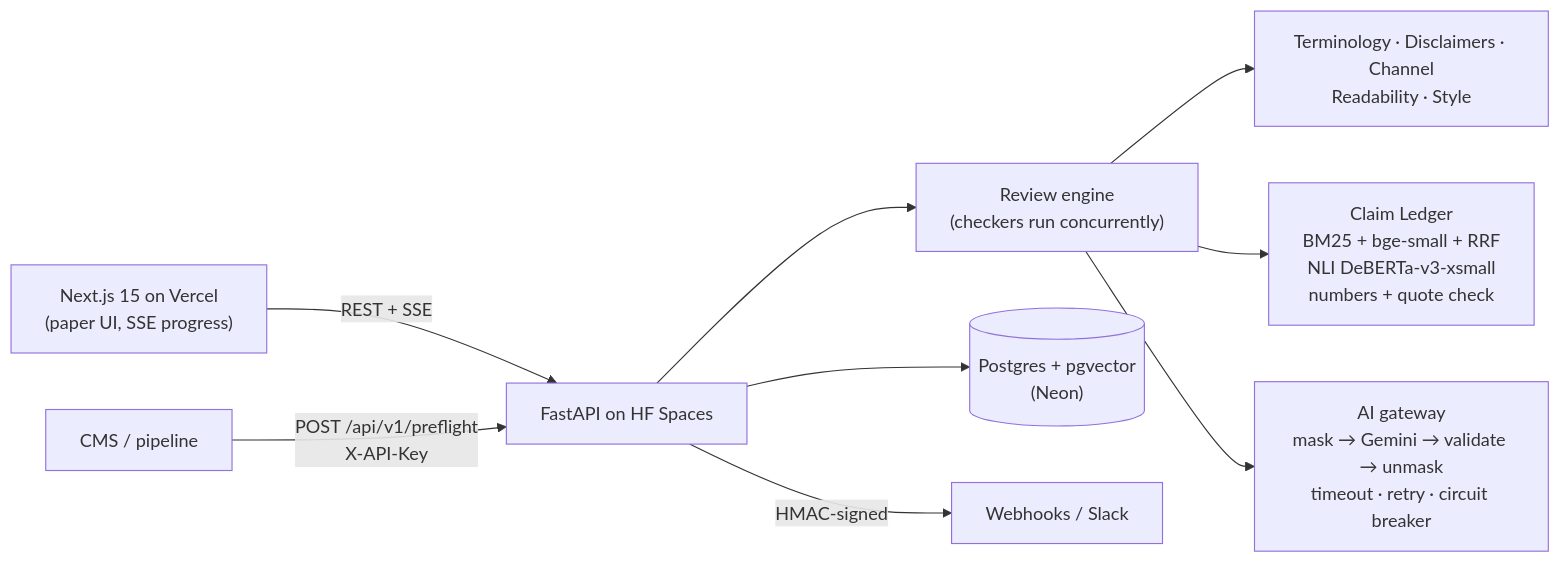
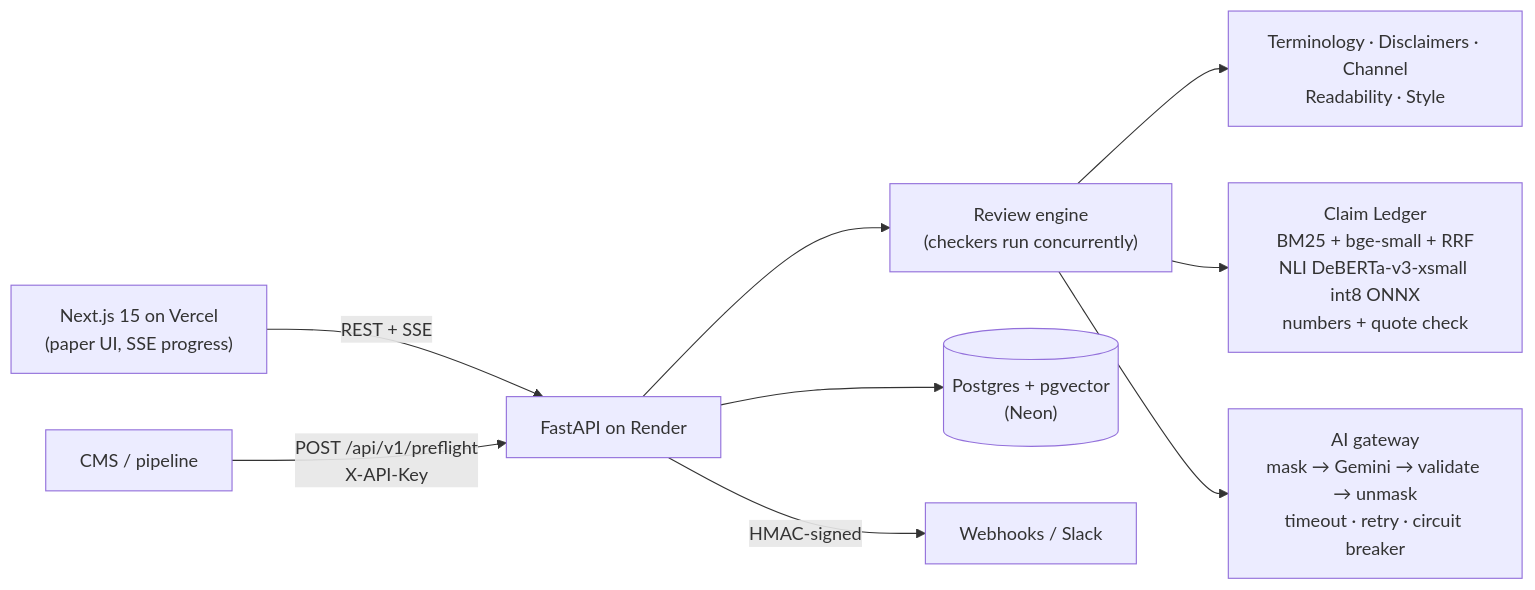
Before and after one commit to Abhijith-Kannan-p/preflight: the diagram in README.md, drawn with Mermaid. The commit also changed other lines of this file and 4 other files, not shown here.

Commit message:
docs: record the Render fallback, ONNX runtime and updated evaluation

````diff
--- a/README.md
+++ b/README.md
@@ -74,11 +74,11 @@
 ```mermaid
 flowchart LR
-  Browser["Next.js 15 on Vercel\n(paper UI, SSE progress)"] -->|REST + SSE| API["FastAPI on HF Spaces"]
+  Browser["Next.js 15 on Vercel\n(paper UI, SSE progress)"] -->|REST + SSE| API["FastAPI on Render"]
   CMS["CMS / pipeline"] -->|"POST /api/v1/preflight\nX-API-Key"| API
   API --> Engine["Review engine\n(checkers run concurrently)"]
   Engine --> Det["Terminology · Disclaimers · Channel\nReadability · Style"]
-  Engine --> Ledger["Claim Ledger\nBM25 + bge-small + RRF\nNLI DeBERTa-v3-xsmall\nnumbers + quote check"]
+  Engine --> Ledger["Claim Ledger\nBM25 + bge-small + RRF\nNLI DeBERTa-v3-xsmall int8 ONNX\nnumbers + quote check"]
   Engine --> Gateway["AI gateway\nmask → Gemini → validate → unmask\ntimeout · retry · circuit breaker"]
   API --> DB[("Postgres + pgvector\n(Neon)")]
   API -->|"HMAC-signed"| Hooks["Webhooks / Slack"]
 ```
````
